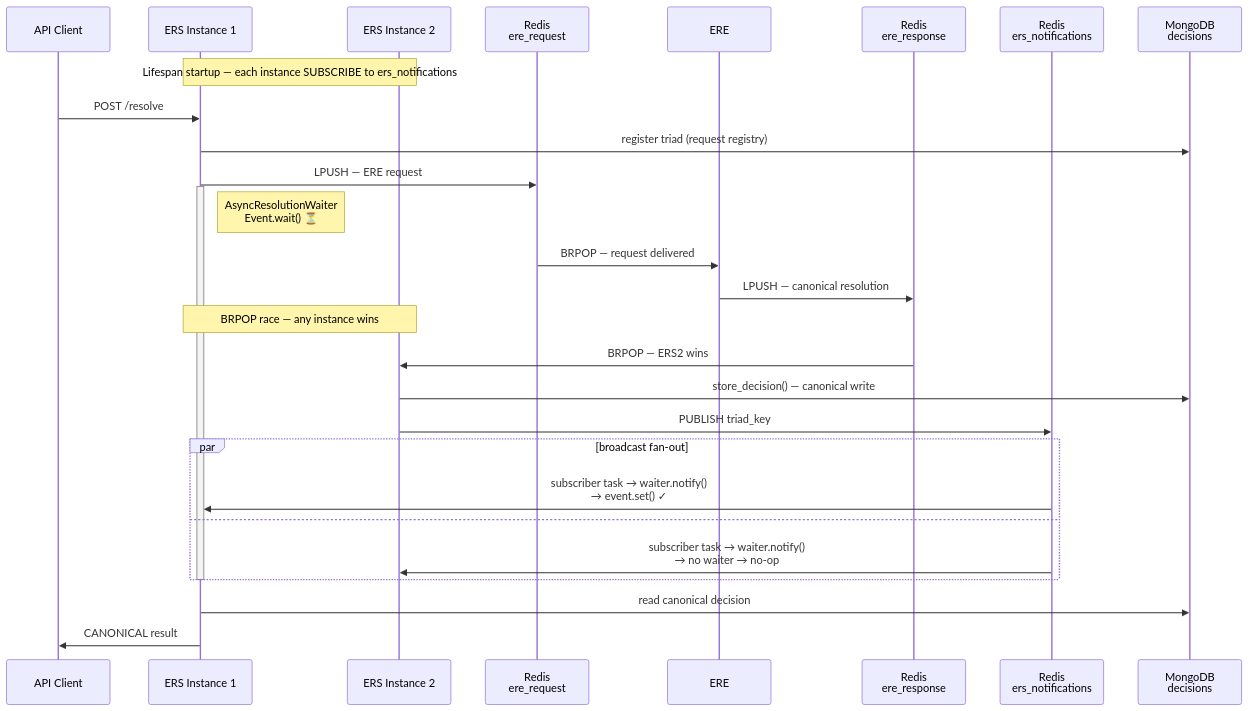
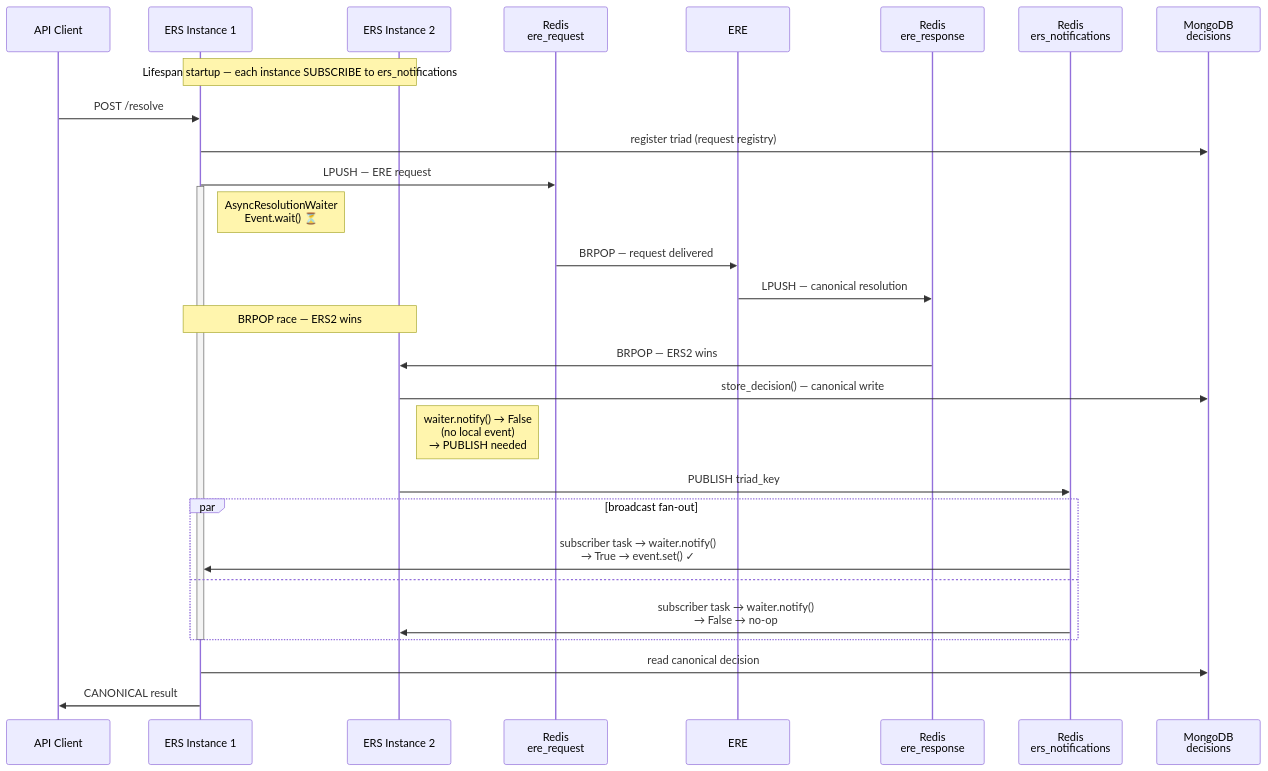
The second of 3 diagrams in .claude/memory/epics/ers-epic-ERS1-208-stateless-api/2026-05-01-statefulness-audit.md (OP-TED/entity-resolution-service), drawn with Mermaid before and after one commit. The commit also changed other lines of this file and 8 other files, not shown here.

Commit message:
feat: notify waiter locally before publishing to Pub/Sub

````diff
--- a/.claude/memory/epics/ers-epic-ERS1-208-stateless-api/2026-05-01-statefulness-audit.md
+++ b/.claude/memory/epics/ers-epic-ERS1-208-stateless-api/2026-05-01-statefulness-audit.md
@@ -444,37 +450,38 @@
 ```mermaid
 sequenceDiagram
     participant Client as API Client
     participant ERS1 as ERS Instance 1
     participant ERS2 as ERS Instance 2
     participant EREQ as Redis<br/>ere_request
     participant ERE as ERE
     participant ERES as Redis<br/>ere_response
     participant PUB as Redis<br/>ers_notifications
     participant DB as MongoDB<br/>decisions
 
     Note over ERS1,ERS2: Lifespan startup — each instance SUBSCRIBE to ers_notifications
 
     Client->>ERS1: POST /resolve
     ERS1->>DB: register triad (request registry)
     ERS1->>EREQ: LPUSH — ERE request
     activate ERS1
     Note right of ERS1: AsyncResolutionWaiter<br/>Event.wait() ⏳
 
     EREQ->>ERE: BRPOP — request delivered
     ERE->>ERES: LPUSH — canonical resolution
 
-    Note over ERS1,ERS2: BRPOP race — any instance wins
+    Note over ERS1,ERS2: BRPOP race — ERS2 wins
     ERES->>ERS2: BRPOP — ERS2 wins
     ERS2->>DB: store_decision() — canonical write
+    Note right of ERS2: waiter.notify() → False<br/>(no local event)<br/>→ PUBLISH needed
     ERS2->>PUB: PUBLISH triad_key
 
     par broadcast fan-out
-        PUB->>ERS1: subscriber task → waiter.notify()<br/>→ event.set() ✓
+        PUB->>ERS1: subscriber task → waiter.notify()<br/>→ True → event.set() ✓
     and
-        PUB->>ERS2: subscriber task → waiter.notify()<br/>→ no waiter → no-op
+        PUB->>ERS2: subscriber task → waiter.notify()<br/>→ False → no-op
     end
 
     deactivate ERS1
     ERS1->>DB: read canonical decision
     ERS1->>Client: CANONICAL result
 ```
````
